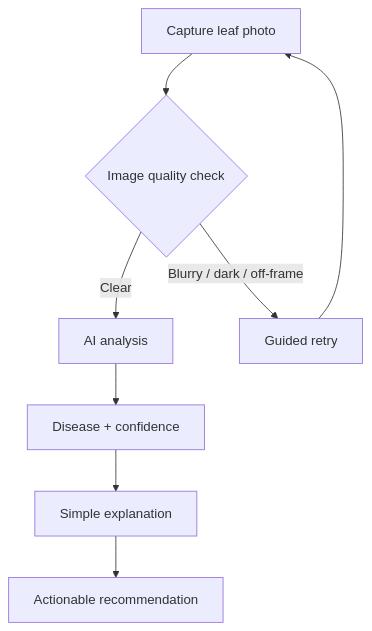
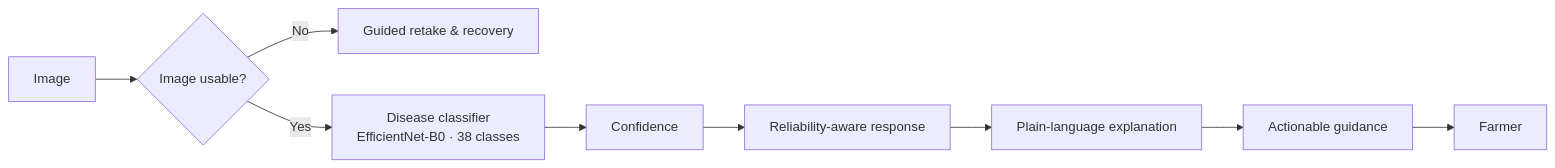
Before and after one commit to DhairyaChangela/AgriSmart-AI: the second of 4 diagrams in README.md, drawn with Mermaid. The commit also changed other lines of this file, not shown here.

````diff
--- a/README.md
+++ b/README.md
@@ -37,10 +54,11 @@
 ```mermaid
-flowchart TD
-    Capture[Capture leaf photo] --> Quality{Image quality check}
-    Quality -->|Clear| Analysis[AI analysis]
-    Quality -->|Blurry / dark / off-frame| Retry[Guided retry]
-    Retry --> Capture
-    Analysis --> Disease[Disease + confidence]
-    Disease --> Explain[Simple explanation]
-    Explain --> Advise[Actionable recommendation]
+flowchart LR
+    Image[Image] --> Usable{Image usable?}
+    Usable -->|No| Retake[Guided retake & recovery]
+    Usable -->|Yes| Model[Disease classifier<br/>EfficientNet-B0 · 38 classes]
+    Model --> Conf[Confidence]
+    Conf --> Aware[Reliability-aware response]
+    Aware --> Explain[Plain-language explanation]
+    Explain --> Action[Actionable guidance]
+    Action --> Farmer[Farmer]
 ```
````
